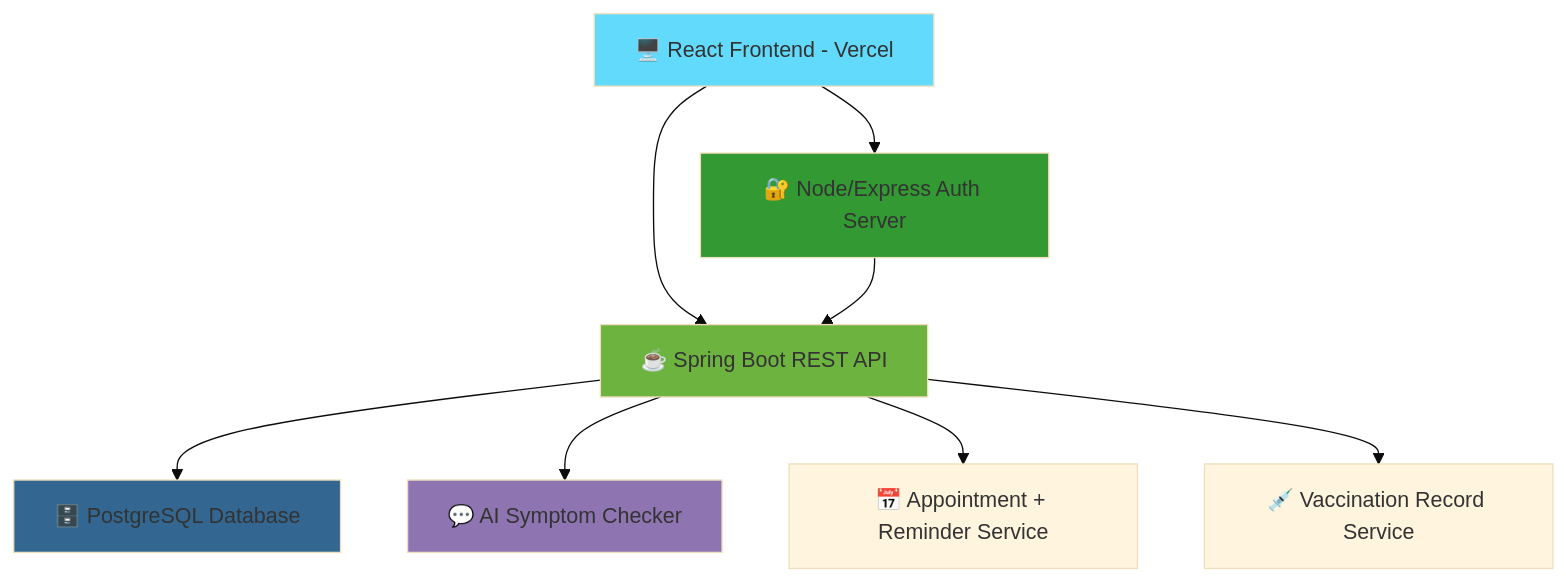
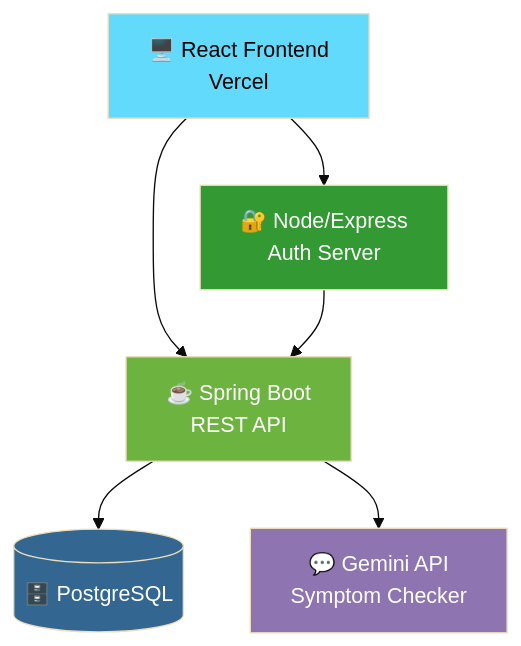
One commit to HareshK-14/SMART-PETCARE changed the first of 3 diagrams in README.md. Above: the diagram before and after it, drawn with Mermaid (base theme). The commit also changed other lines of this file, not shown here.

````diff
--- a/README.md
+++ b/README.md
@@ -77,16 +109,14 @@
 ```mermaid
 graph TB
-    A[🖥️ React Frontend - Vercel] --> B[🔐 Node/Express Auth Server]
-    A --> C[☕ Spring Boot REST API]
+    A[🖥️ React Frontend<br/>Vercel] --> B[🔐 Node/Express<br/>Auth Server]
+    A --> C[☕ Spring Boot<br/>REST API]
     B --> C
-    C --> D[🗄️ PostgreSQL Database]
-    C --> E[💬 AI Symptom Checker]
-    C --> F[📅 Appointment + Reminder Service]
-    C --> G[💉 Vaccination Record Service]
+    C --> D[(🗄️ PostgreSQL)]
+    C --> E[💬 Gemini API<br/>Symptom Checker]
 
-    style A fill:#61DAFB
-    style B fill:#339933
-    style C fill:#6DB33F
-    style D fill:#336791
-    style E fill:#8E75B2
+    style A fill:#61DAFB,color:#000
+    style B fill:#339933,color:#fff
+    style C fill:#6DB33F,color:#fff
+    style D fill:#336791,color:#fff
+    style E fill:#8E75B2,color:#fff
 ```
````
